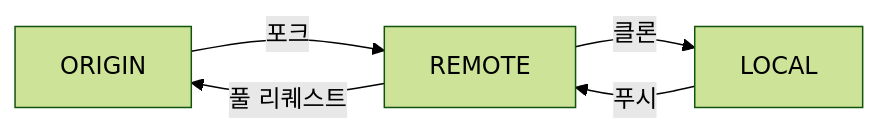
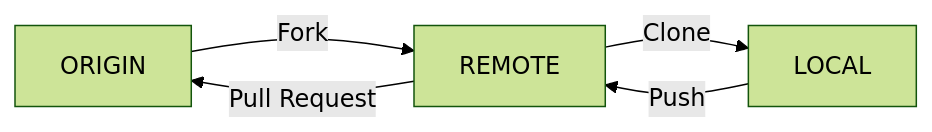
One commit to choiexe1/local changed the diagram in Daily/2025-03-11.md. Above: the diagram before and after it, drawn with Mermaid (forest theme). The commit also changed other lines of this file, not shown here.

Commit message:
vault backup: 2025-03-11 15:15:47

````diff
--- a/Daily/2025-03-11.md
+++ b/Daily/2025-03-11.md
@@ -42,12 +42,12 @@
 ```mermaid
 graph LR
 ORIGIN
 REMOTE
 LOCAL
 
-ORIGIN -->|포크| REMOTE
-REMOTE -->|클론| LOCAL
+ORIGIN -->|Fork| REMOTE
+REMOTE -->|Clone| LOCAL
 
-LOCAL -->|푸시| REMOTE
-REMOTE -->|"풀 리퀘스트"| ORIGIN
+LOCAL -->|Push| REMOTE
+REMOTE -->|Pull Request| ORIGIN
 ```
````
